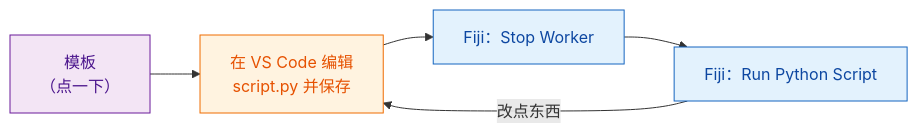
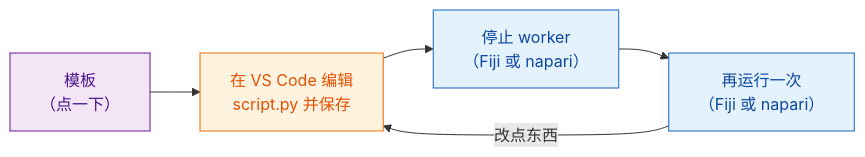
The diagram in guide/write/get-the-template.zh-Hans.md (Oxford-Zeiss-Centre-of-Excellence/Wavu), drawn with Mermaid before and after one commit. The commit also changed other lines of this file and 70 other files, not shown here.

First line of the commit message:
docs(site): Oxford blue theme with partner logos; napari throughout "Write a script"; FAIR marketplace

````diff
--- a/guide/write/get-the-template.zh-Hans.md
+++ b/guide/write/get-the-template.zh-Hans.md
@@ -14,13 +16,13 @@
 ```mermaid
 flowchart LR
     T["模板<br/>（点一下）"]:::env
     V["在 VS Code 编辑<br/>script.py 并保存"]:::script
-    S["Fiji：Stop Worker"]:::fiji
-    R["Fiji：Run Python Script"]:::fiji
+    S["停止 worker<br/>（Fiji 或 napari）"]:::fiji
+    R["再运行一次<br/>（Fiji 或 napari）"]:::fiji
     T --> V --> S --> R
     R -- "改点东西" --> V
 
     classDef fiji   fill:#e3f2fd,stroke:#1565c0,color:#0d47a1
     classDef script fill:#fff3e0,stroke:#ef6c00,color:#e65100
     classDef env    fill:#f3e5f5,stroke:#6a1b9a,color:#4a148c
 ```
````
